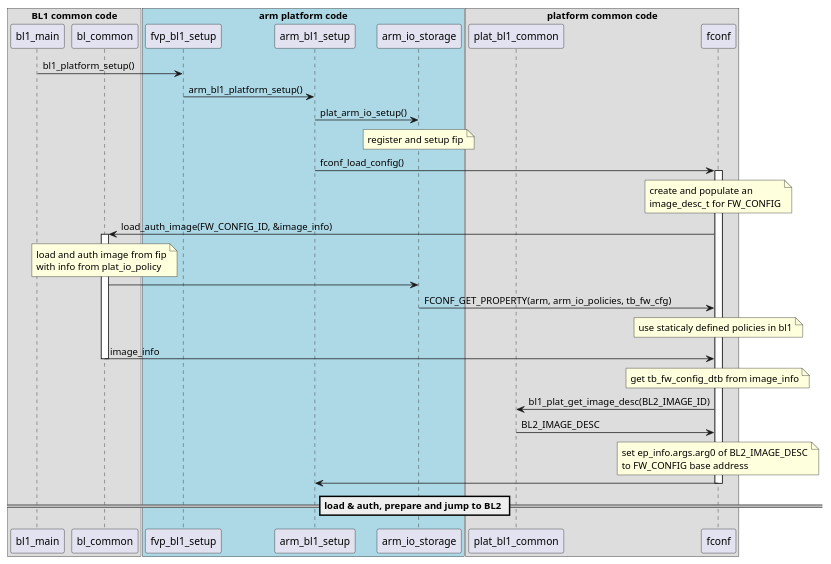
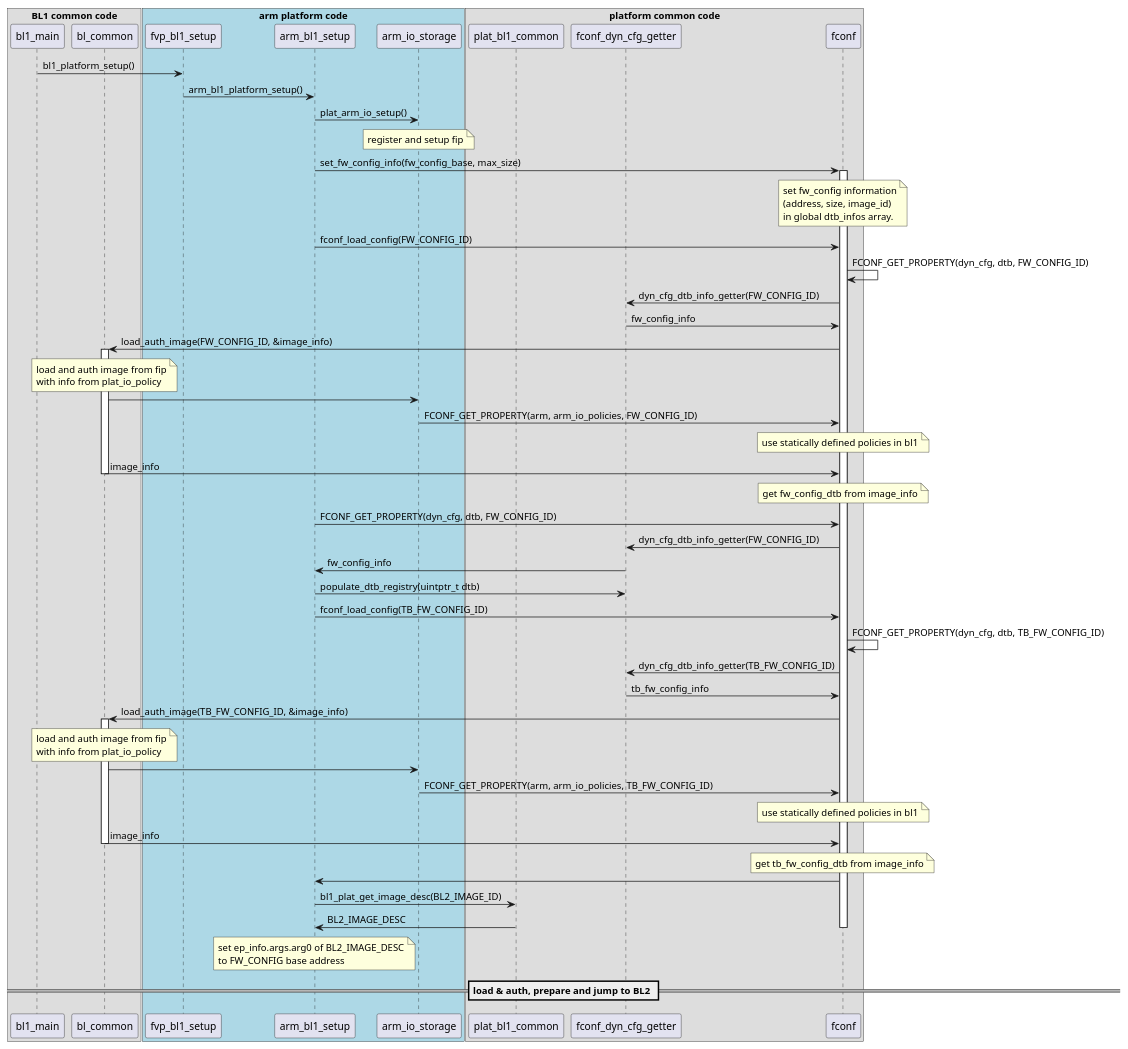
The diagram in docs/resources/diagrams/plantuml/fconf_bl1_load_config.puml (renesas-rz/rzg_trusted-firmware-a), drawn with PlantUML before and after one commit. The commit also changed 2 other files, not shown here.

Commit message:
doc: Update BL1 and BL2 boot flow
Updated the document for BL1 and BL2 boot flow to capture
below changes made in FCONF

1. Loading of fw_config and tb_fw_config images by BL1.
2. Population of fw_config and tb_fw_config by BL2.

```diff
--- a/docs/resources/diagrams/plantuml/fconf_bl1_load_config.puml
+++ b/docs/resources/diagrams/plantuml/fconf_bl1_load_config.puml
@@ -1,52 +1,78 @@
 @startuml
 
 box "BL1 common code"
 	participant bl1_main
 	participant bl_common
 end box
 
 box "arm platform code" #LightBlue
 	participant fvp_bl1_setup
 	participant arm_bl1_setup
 	participant arm_io_storage
 end box
 
 box "platform common code"
 	participant plat_bl1_common
+	participant fconf_dyn_cfg_getter
 	participant fconf
 end box
 
 bl1_main -> fvp_bl1_setup : bl1_platform_setup()
 fvp_bl1_setup -> arm_bl1_setup : arm_bl1_platform_setup()
 arm_bl1_setup -> arm_io_storage : plat_arm_io_setup()
 note over arm_io_storage : register and setup fip
-arm_bl1_setup -> fconf : fconf_load_config()
+arm_bl1_setup -> fconf : set_fw_config_info(fw_config_base, max_size)
+note over fconf
+	set fw_config information
+	(address, size, image_id)
+	in global dtb_infos array.
+end note
 activate fconf
-	note over fconf
-		create and populate an
-		image_desc_t for FW_CONFIG
-	end note
+	arm_bl1_setup -> fconf : fconf_load_config(FW_CONFIG_ID)
+	fconf -> fconf : FCONF_GET_PROPERTY(dyn_cfg, dtb, FW_CONFIG_ID)
+	fconf -> fconf_dyn_cfg_getter: dyn_cfg_dtb_info_getter(FW_CONFIG_ID)
+	fconf_dyn_cfg_getter -> fconf: fw_config_info
 	fconf -> bl_common : load_auth_image(FW_CONFIG_ID, &image_info)
 	activate bl_common
 	note over bl_common
 		load and auth image from fip
 		with info from plat_io_policy
 	end note
 	bl_common -> arm_io_storage
-	arm_io_storage -> fconf: FCONF_GET_PROPERTY(arm, arm_io_policies, tb_fw_cfg)
-	note over fconf: use staticaly defined policies in bl1
+	arm_io_storage -> fconf: FCONF_GET_PROPERTY(arm, arm_io_policies, FW_CONFIG_ID)
+	note over fconf: use statically defined policies in bl1
+	fconf <- bl_common : image_info
+	deactivate bl_common
+	note over fconf : get fw_config_dtb from image_info
+	arm_bl1_setup -> fconf: FCONF_GET_PROPERTY(dyn_cfg, dtb, FW_CONFIG_ID)
+	fconf -> fconf_dyn_cfg_getter: dyn_cfg_dtb_info_getter(FW_CONFIG_ID)
+	fconf_dyn_cfg_getter -> arm_bl1_setup: fw_config_info
+	arm_bl1_setup -> fconf_dyn_cfg_getter: populate_dtb_registry(uintptr_t dtb)
+	arm_bl1_setup -> fconf: fconf_load_config(TB_FW_CONFIG_ID)
+	fconf -> fconf : FCONF_GET_PROPERTY(dyn_cfg, dtb, TB_FW_CONFIG_ID)
+	fconf -> fconf_dyn_cfg_getter: dyn_cfg_dtb_info_getter(TB_FW_CONFIG_ID)
+	fconf_dyn_cfg_getter -> fconf: tb_fw_config_info
+	fconf -> bl_common : load_auth_image(TB_FW_CONFIG_ID, &image_info)
+	activate bl_common
+	note over bl_common
+		load and auth image from fip
+		with info from plat_io_policy
+	end note
+	bl_common -> arm_io_storage
+	arm_io_storage -> fconf: FCONF_GET_PROPERTY(arm, arm_io_policies, TB_FW_CONFIG_ID)
+	note over fconf: use statically defined policies in bl1
 	fconf <- bl_common : image_info
 	deactivate bl_common
 	note over fconf : get tb_fw_config_dtb from image_info
-	fconf -> plat_bl1_common : bl1_plat_get_image_desc(BL2_IMAGE_ID)
-	fconf <- plat_bl1_common : BL2_IMAGE_DESC
-	note over fconf
-		set ep_info.args.arg0 of BL2_IMAGE_DESC
-		to FW_CONFIG base address
+	fconf -> arm_bl1_setup
+	arm_bl1_setup -> plat_bl1_common : bl1_plat_get_image_desc(BL2_IMAGE_ID)
+	arm_bl1_setup <- plat_bl1_common : BL2_IMAGE_DESC
+	note over arm_bl1_setup
+	set ep_info.args.arg0 of BL2_IMAGE_DESC
+	to FW_CONFIG base address
 	end note
-arm_bl1_setup <- fconf
 deactivate fconf
 
 == load & auth, prepare and jump to BL2 ==
 
 @enduml
```
